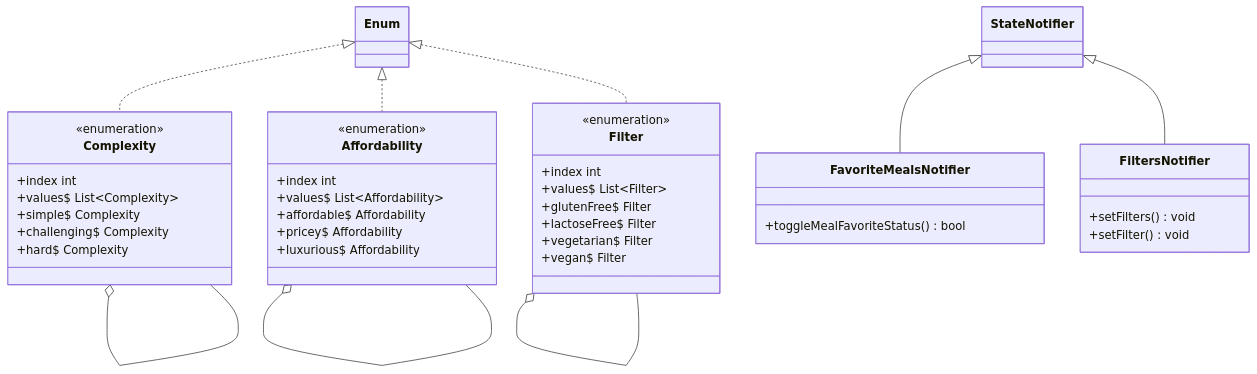
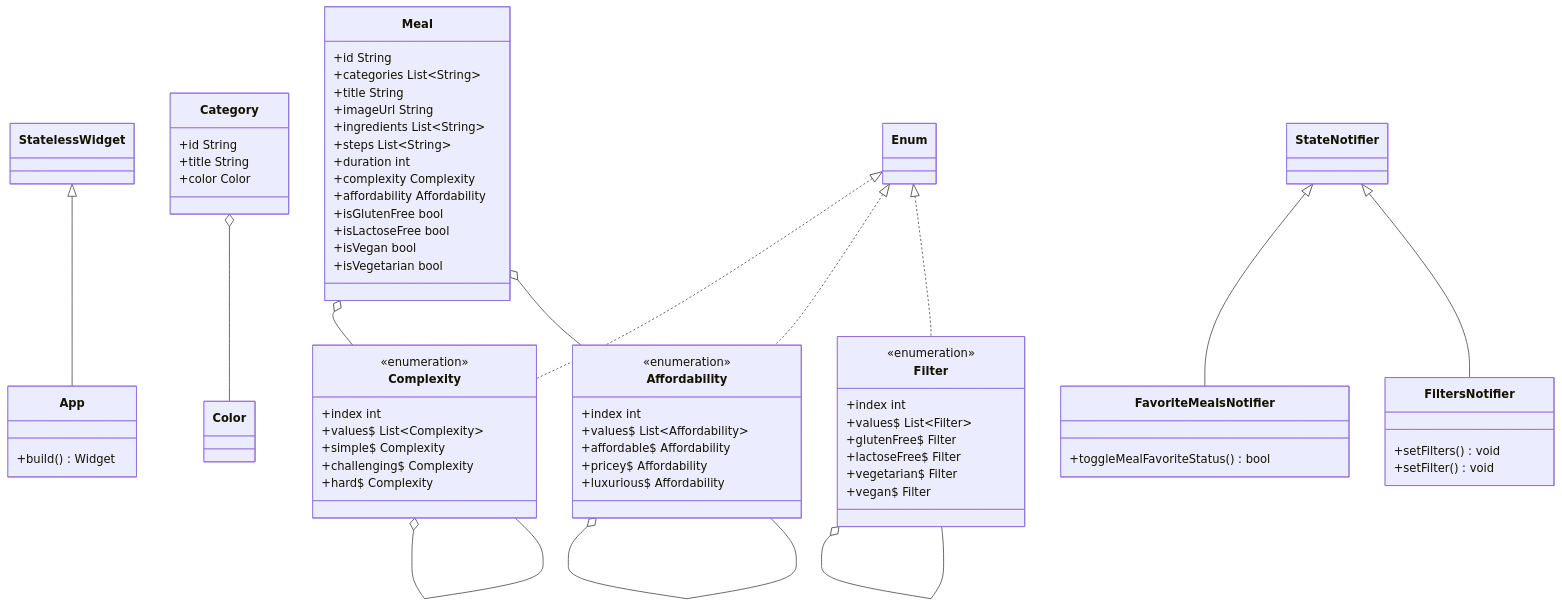
One commit to Dardnos/MealsApp changed the first of 4 diagrams in README.md. Above: the diagram before and after it, drawn with Mermaid.

Commit message:
Updated Class Diagram

````diff
--- a/README.md
+++ b/README.md
@@ -161,50 +130,76 @@
 ```mermaid
 classDiagram
+class App
+App : +build() Widget
+StatelessWidget <|-- App
+
+class Category
+Category : +id String
+Category : +title String
+Category : +color Color
+Category o-- Color
+
+class Meal
+Meal : +id String
+Meal : +categories List~String~
+Meal : +title String
+Meal : +imageUrl String
+Meal : +ingredients List~String~
+Meal : +steps List~String~
+Meal : +duration int
+Meal : +complexity Complexity
+Meal o-- Complexity
+Meal : +affordability Affordability
+Meal o-- Affordability
+Meal : +isGlutenFree bool
+Meal : +isLactoseFree bool
+Meal : +isVegan bool
+Meal : +isVegetarian bool
 
 class Complexity
 <<enumeration>> Complexity
 Complexity : +index int
 Complexity : +values$ List~Complexity~
 Complexity : +simple$ Complexity
 Complexity o-- Complexity
 Complexity : +challenging$ Complexity
 Complexity o-- Complexity
 Complexity : +hard$ Complexity
 Complexity o-- Complexity
 Enum <|.. Complexity
 
 class Affordability
 <<enumeration>> Affordability
 Affordability : +index int
 Affordability : +values$ List~Affordability~
 Affordability : +affordable$ Affordability
 Affordability o-- Affordability
 Affordability : +pricey$ Affordability
 Affordability o-- Affordability
 Affordability : +luxurious$ Affordability
 Affordability o-- Affordability
 Enum <|.. Affordability
 
 class FavoriteMealsNotifier
 FavoriteMealsNotifier : +toggleMealFavoriteStatus() bool
 StateNotifier <|-- FavoriteMealsNotifier
 
 class FiltersNotifier
 FiltersNotifier : +setFilters() void
 FiltersNotifier : +setFilter() void
 StateNotifier <|-- FiltersNotifier
 
 class Filter
 <<enumeration>> Filter
 Filter : +index int
 Filter : +values$ List~Filter~
 Filter : +glutenFree$ Filter
 Filter o-- Filter
 Filter : +lactoseFree$ Filter
 Filter o-- Filter
 Filter : +vegetarian$ Filter
 Filter o-- Filter
 Filter : +vegan$ Filter
 Filter o-- Filter
 Enum <|.. Filter
 ```
````
